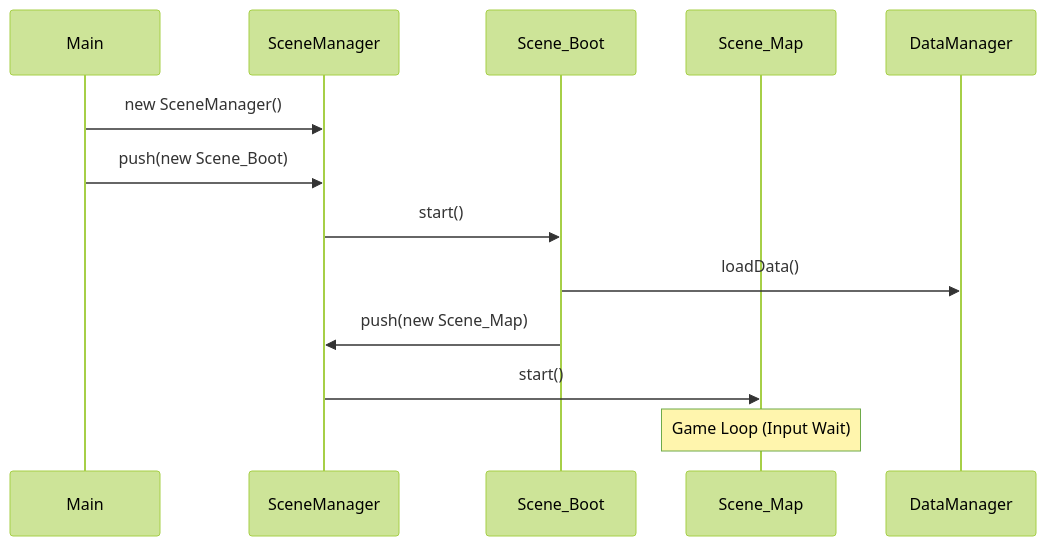
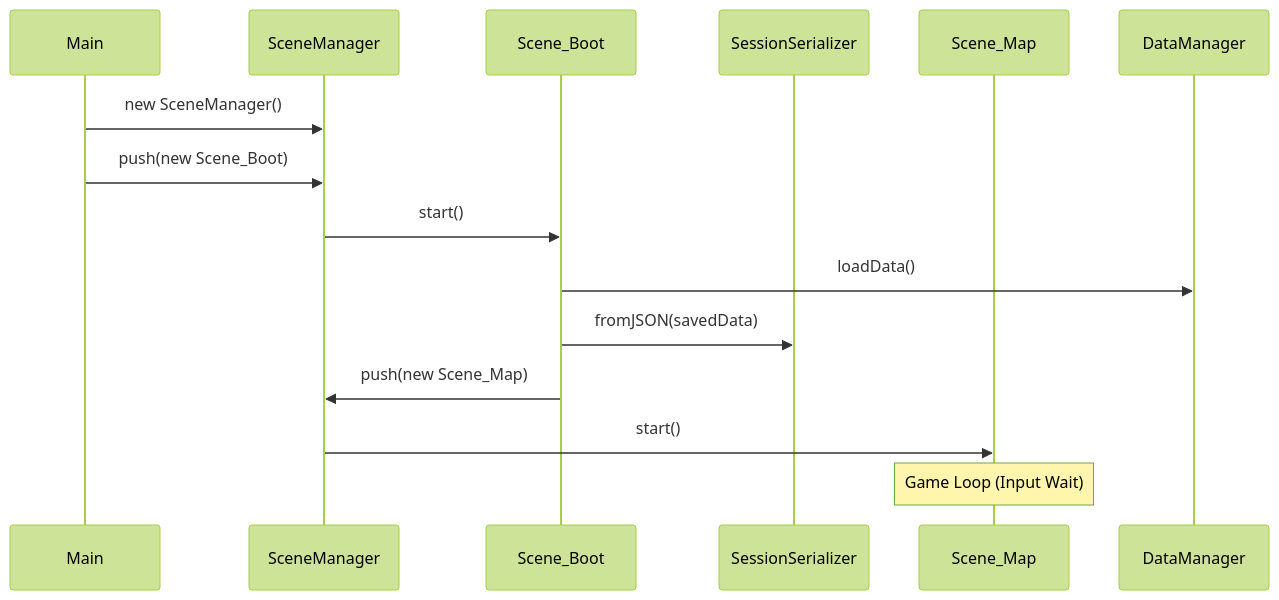
The first of 2 diagrams in doc/ARCHITECTURE.md (JosephSerUSP/Stillnight-Win3.1), drawn with Mermaid (forest theme) before and after one commit. The commit also changed other lines of this file and 1 other file, not shown here.

First line of the commit message:
Update ARCHITECTURE.md and gameActionImplementation.md to reflect current state

````diff
--- a/doc/ARCHITECTURE.md
+++ b/doc/ARCHITECTURE.md
@@ -50,15 +53,17 @@
 ```mermaid
 sequenceDiagram
     participant Main
     participant SM as SceneManager
     participant Boot as Scene_Boot
+    participant Serializer as SessionSerializer
     participant Map as Scene_Map
 
     Main->>SM: new SceneManager()
     Main->>SM: push(new Scene_Boot)
     SM->>Boot: start()
     Boot->>DataManager: loadData()
+    Boot->>Serializer: fromJSON(savedData)
     Boot->>SM: push(new Scene_Map)
     SM->>Map: start()
     Note over Map: Game Loop (Input Wait)
 ```
````
